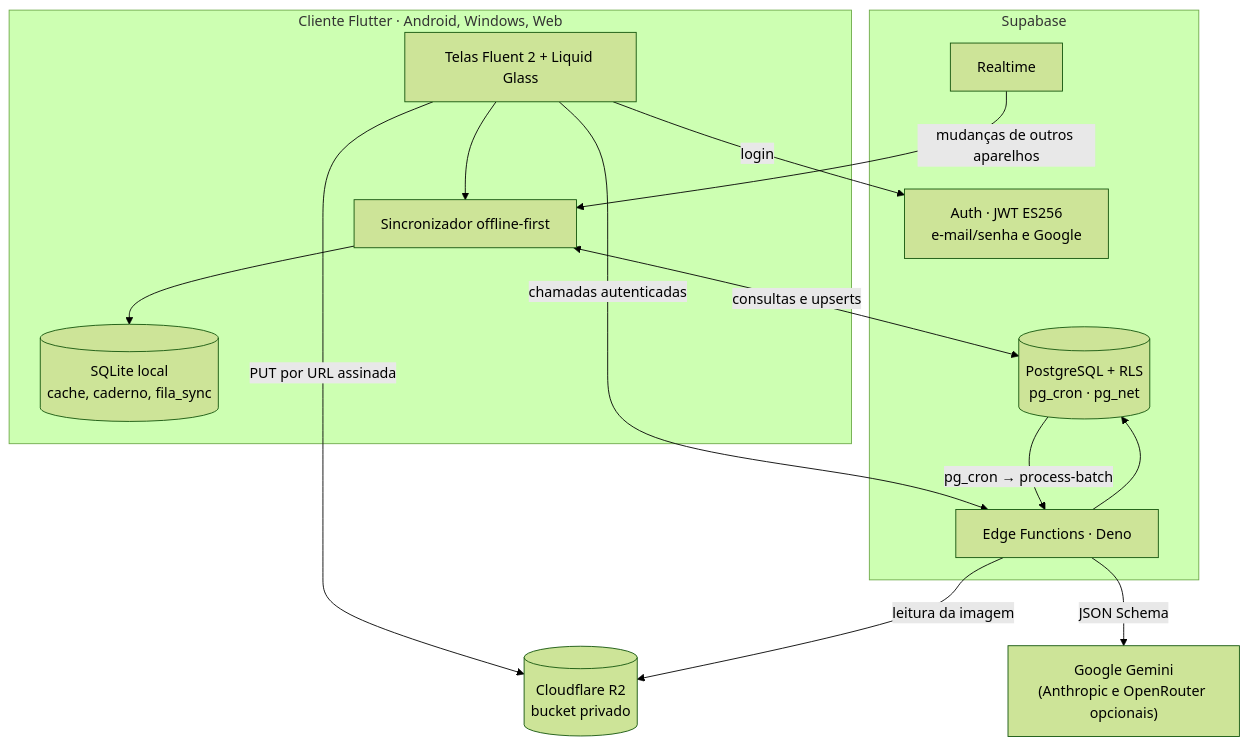
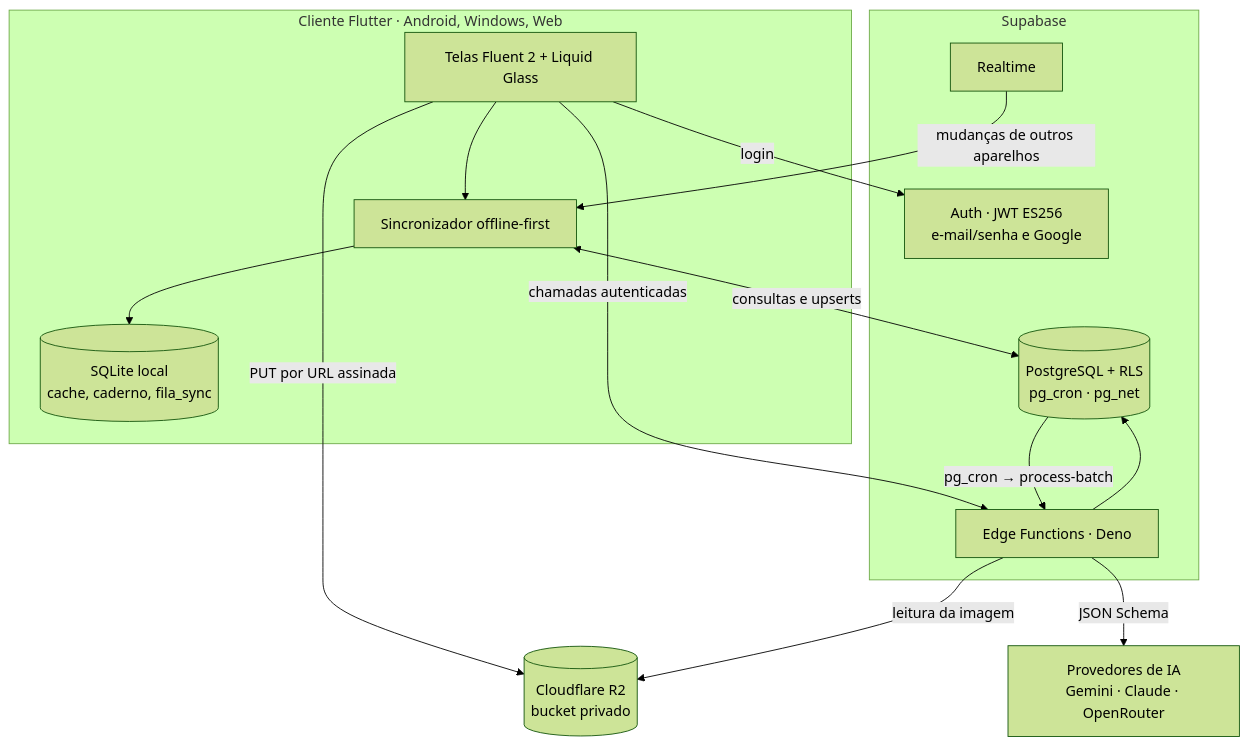
Before and after one commit to CFSJCODE/MistakeMap: the second of 5 diagrams in .github/README.md, drawn with Mermaid (forest theme). The commit also changed other lines of this file and 2 other files, not shown here.

First line of the commit message:
docs(ia): documenta todos os provedores e a cadeia de fallback

````diff
--- a/.github/README.md
+++ b/.github/README.md
@@ -145,29 +148,29 @@
 ```mermaid
 flowchart TB
     subgraph Cliente["Cliente Flutter · Android, Windows, Web"]
         UI["Telas Fluent 2 + Liquid Glass"]
         SYNC["Sincronizador offline-first"]
         LOCAL[("SQLite local<br/>cache, caderno, fila_sync")]
         UI --> SYNC --> LOCAL
     end
 
     subgraph Supabase["Supabase"]
         AUTH["Auth · JWT ES256<br/>e-mail/senha e Google"]
         PG[("PostgreSQL + RLS<br/>pg_cron · pg_net")]
         RT["Realtime"]
         EF["Edge Functions · Deno"]
     end
 
     R2[("Cloudflare R2<br/>bucket privado")]
-    AI["Google Gemini<br/>(Anthropic e OpenRouter opcionais)"]
+    AI["Provedores de IA<br/>Gemini · Claude · OpenRouter"]
 
     SYNC <-->|"consultas e upserts"| PG
     RT -->|"mudanças de outros aparelhos"| SYNC
     UI -->|"login"| AUTH
     UI -->|"chamadas autenticadas"| EF
     UI -->|"PUT por URL assinada"| R2
     EF --> PG
     EF -->|"leitura da imagem"| R2
     EF -->|"JSON Schema"| AI
     PG -->|"pg_cron → process-batch"| EF
 ```
````
